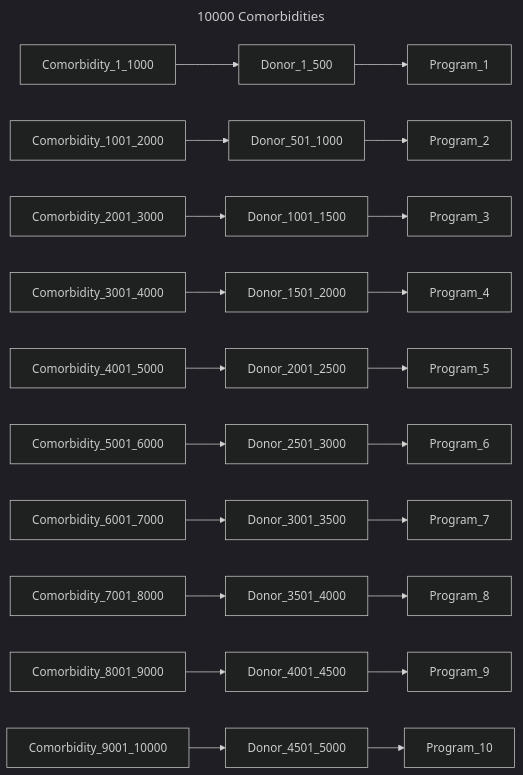
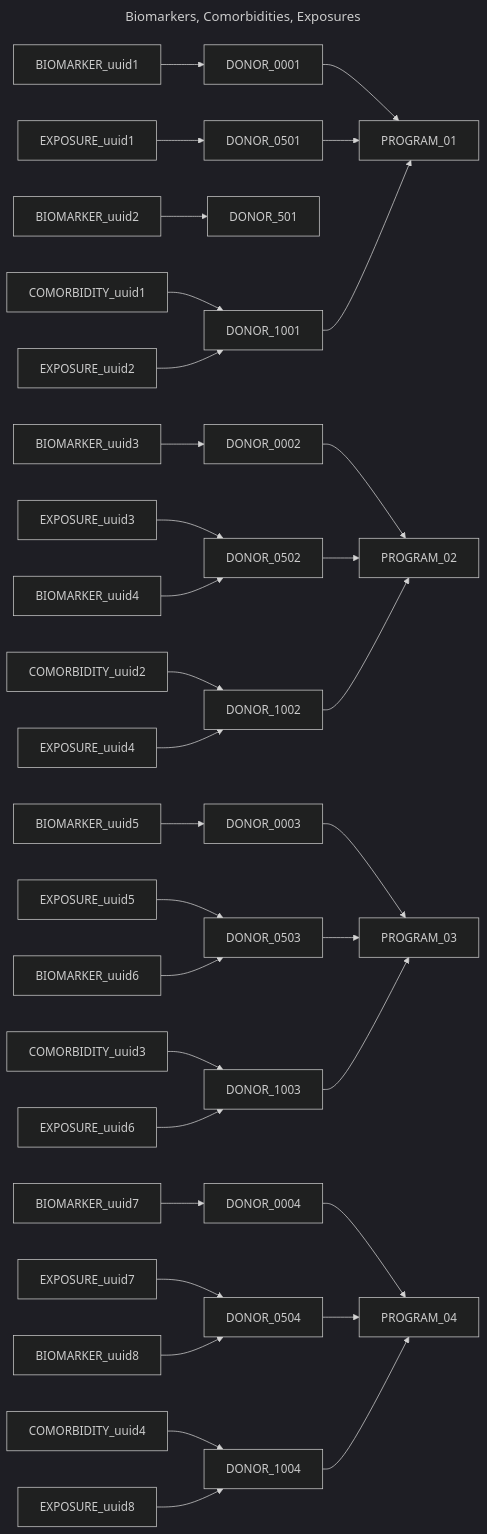
Before and after one commit to CanDIG/katsu: the fourth of 4 diagrams in chord_metadata_service/mohpackets/data/large_dataset/README.md, drawn with Mermaid (dark theme). The commit also changed other lines of this file and 43 other files, not shown here.

````diff
--- a/chord_metadata_service/mohpackets/data/large_dataset/README.md
+++ b/chord_metadata_service/mohpackets/data/large_dataset/README.md
@@ -216,16 +138,26 @@
 ```mermaid
 ---
-title: 10000 Comorbidities
+title: Biomarkers, Comorbidities, Exposures
 ---
 graph LR;  
-  Comorbidity_1_1000 --> Donor_1_500 --> Program_1;
-  Comorbidity_1001_2000 --> Donor_501_1000 --> Program_2;  
-  Comorbidity_2001_3000 --> Donor_1001_1500 --> Program_3;  
-  Comorbidity_3001_4000 --> Donor_1501_2000 --> Program_4;  
-  Comorbidity_4001_5000 --> Donor_2001_2500 --> Program_5;  
-  Comorbidity_5001_6000 --> Donor_2501_3000 --> Program_6;  
-  Comorbidity_6001_7000 --> Donor_3001_3500 --> Program_7;  
-  Comorbidity_7001_8000 --> Donor_3501_4000 --> Program_8;  
-  Comorbidity_8001_9000 --> Donor_4001_4500 --> Program_9;
-  Comorbidity_9001_10000 --> Donor_4501_5000 --> Program_10;
+  BIOMARKER_uuid1 --> DONOR_0001 --> PROGRAM_01; 
+  EXPOSURE_uuid1 --> DONOR_0501 --> PROGRAM_01;  
+  BIOMARKER_uuid2 --> DONOR_501;
+  COMORBIDITY_uuid1 --> DONOR_1001 --> PROGRAM_01;
+  EXPOSURE_uuid2 --> DONOR_1001;
+  BIOMARKER_uuid3 --> DONOR_0002 --> PROGRAM_02;  
+  EXPOSURE_uuid3 --> DONOR_0502 --> PROGRAM_02;
+  BIOMARKER_uuid4 --> DONOR_0502;
+  COMORBIDITY_uuid2 --> DONOR_1002 --> PROGRAM_02;
+  EXPOSURE_uuid4 --> DONOR_1002;
+  BIOMARKER_uuid5 --> DONOR_0003 --> PROGRAM_03;
+  EXPOSURE_uuid5 --> DONOR_0503 --> PROGRAM_03;
+  BIOMARKER_uuid6 --> DONOR_0503;
+  COMORBIDITY_uuid3 --> DONOR_1003 --> PROGRAM_03;  
+  EXPOSURE_uuid6 --> DONOR_1003;
+  BIOMARKER_uuid7 --> DONOR_0004 --> PROGRAM_04;
+  EXPOSURE_uuid7 --> DONOR_0504 --> PROGRAM_04;
+  BIOMARKER_uuid8 --> DONOR_0504;
+  COMORBIDITY_uuid4 --> DONOR_1004 --> PROGRAM_04;
+  EXPOSURE_uuid8 --> DONOR_1004;
 ```
````
